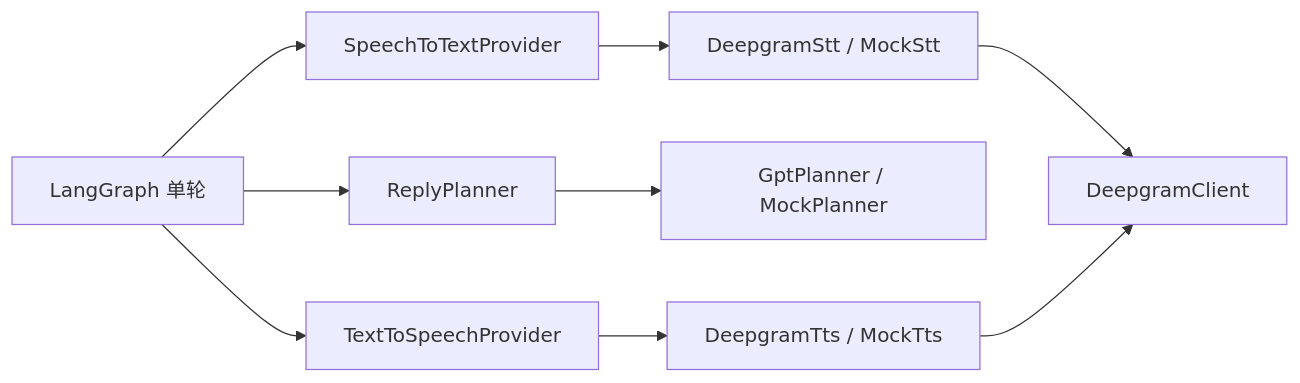
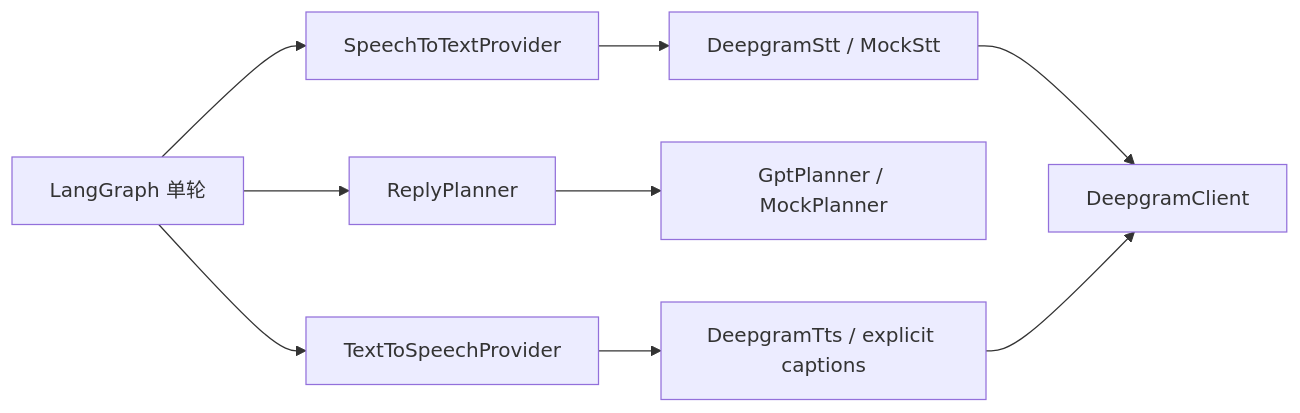
Before and after one commit to konbluesky/72-mvp-homework: the diagram in docs/architecture/providers.md, drawn with Mermaid. The commit also changed other lines of this file and 89 other files, not shown here.

First line of the commit message:
feat: enhance image sharing capabilities and update protocol schemas

````diff
--- a/docs/architecture/providers.md
+++ b/docs/architecture/providers.md
@@ -5,11 +5,11 @@
 ```mermaid
 flowchart LR
   Graph[LangGraph 单轮] --> STT[SpeechToTextProvider]
   Graph --> Plan[ReplyPlanner]
   Graph --> TTS[TextToSpeechProvider]
   STT --> DS[DeepgramStt / MockStt]
   Plan --> GP[GptPlanner / MockPlanner]
-  TTS --> DT[DeepgramTts / MockTts]
+  TTS --> DT[DeepgramTts / explicit captions]
   DS --> HTTP[DeepgramClient]
   DT --> HTTP
 ```
````
